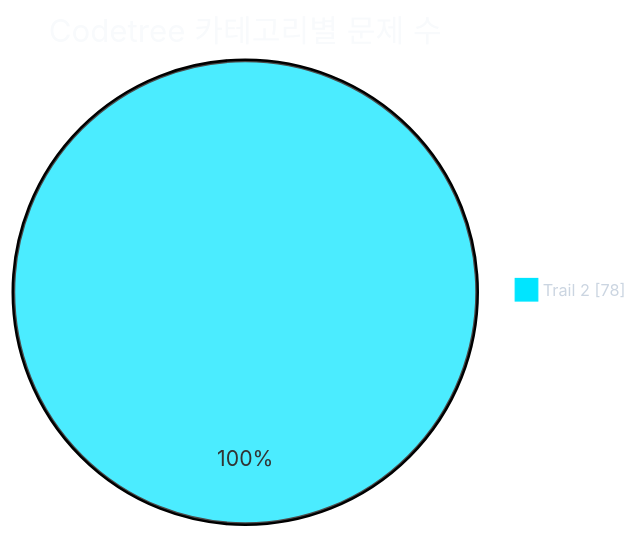
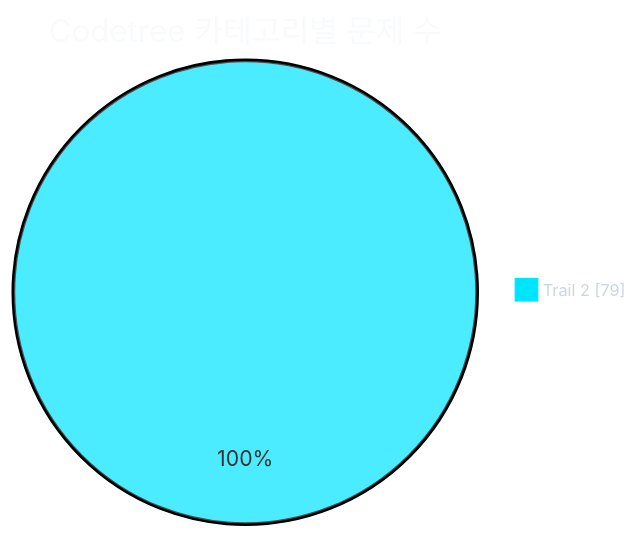
One commit to CHOOSLA/Algorithm changed the first of 2 diagrams in readme.md. Above: the diagram before and after it, drawn with Mermaid. The commit also changed other lines of this file and 2 other files, not shown here.

````diff
--- a/readme.md
+++ b/readme.md
@@ -31,21 +31,21 @@
 ```mermaid
 ---
 config:
   theme: base
   themeVariables:
     background: '#0d1117'
     pieTitleTextColor: '#f8fafc'
     pieLegendTextColor: '#cbd5e1'
     pieLegendTextSize: '13px'
     pie1: '#00e5ff'
     pie2: '#22c55e'
     pie3: '#f59e0b'
     pie4: '#a855f7'
     pie5: '#ec4899'
     pie6: '#3b82f6'
     pie7: '#64748b'
 ---
 pie showData
   title Codetree 카테고리별 문제 수
-  "Trail 2" : 78
+  "Trail 2" : 79
 ```
````
